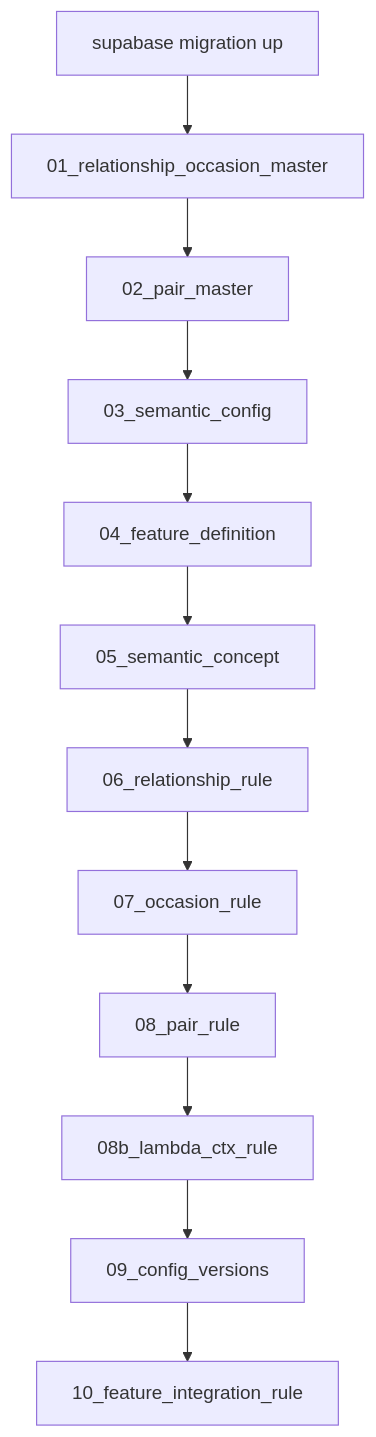
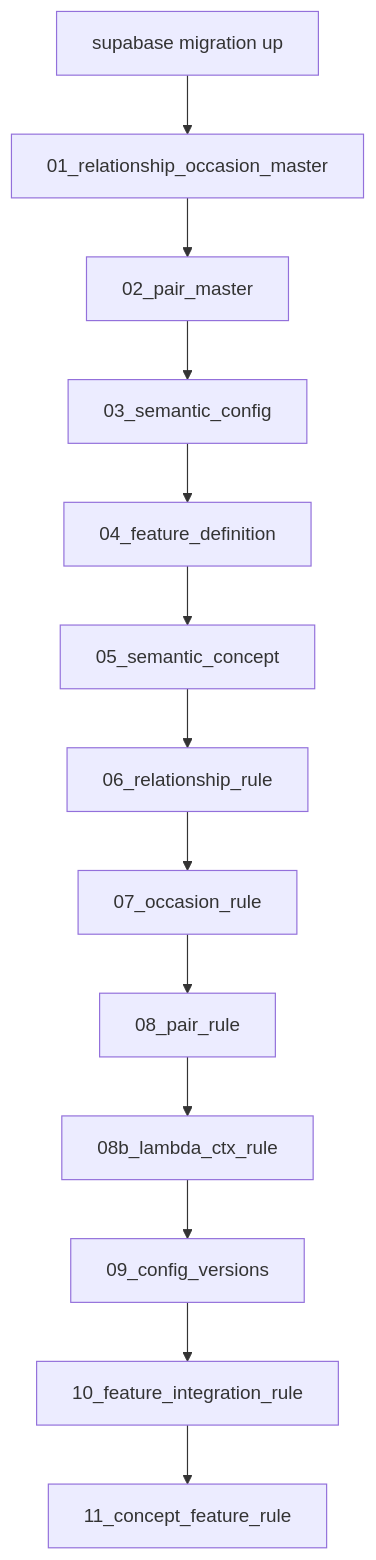
The diagram in docs/06_実装設計/database/初期データ定義書.md (ryo-chan-k6/GiftRecommendAPP_MVP_CYCLE_3), drawn with Mermaid before and after one commit. The commit also changed other lines of this file and 60 other files, not shown here.

First line of the commit message:
[Epic]batch-fetch-plan-expand:ジャンル地図からのfetch_plan拡大（develop反映・#1843） (#1869)

````diff
--- a/docs/06_実装設計/database/初期データ定義書.md
+++ b/docs/06_実装設計/database/初期データ定義書.md
@@ -78,18 +79,19 @@
 ```mermaid
 flowchart TD
   mig["supabase migration up"]
   s01["01_relationship_occasion_master"]
   s02["02_pair_master"]
   s03["03_semantic_config"]
   s04["04_feature_definition"]
   s05["05_semantic_concept"]
   s06["06_relationship_rule"]
   s07["07_occasion_rule"]
   s08["08_pair_rule"]
   s08b["08b_lambda_ctx_rule"]
   s09["09_config_versions"]
   s10["10_feature_integration_rule"]
+  s11["11_concept_feature_rule"]
 
   mig --> s01 --> s02 --> s03 --> s04 --> s05
-  s05 --> s06 --> s07 --> s08 --> s08b --> s09 --> s10
+  s05 --> s06 --> s07 --> s08 --> s08b --> s09 --> s10 --> s11
 ```
````
